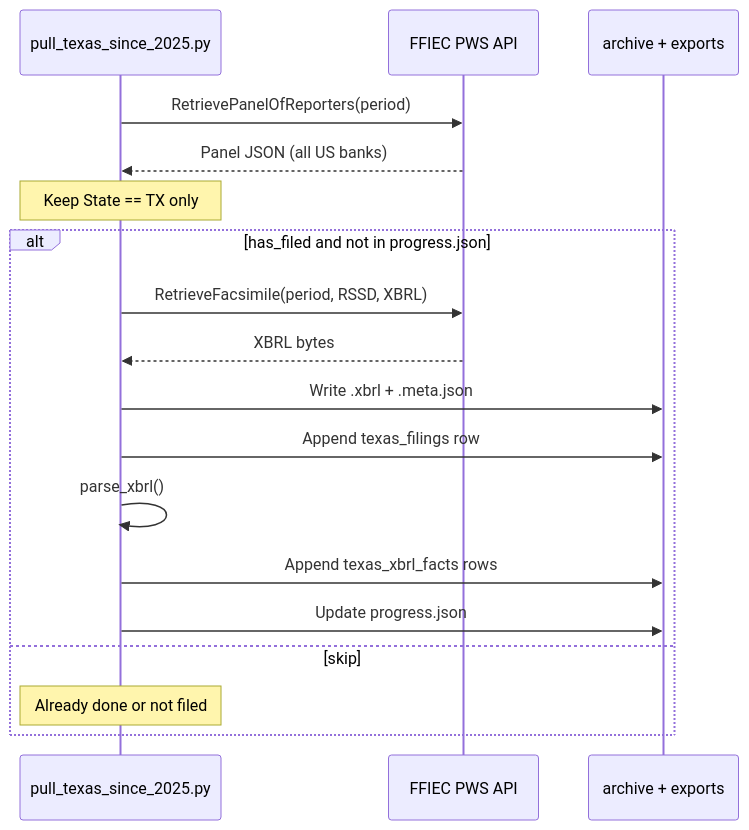
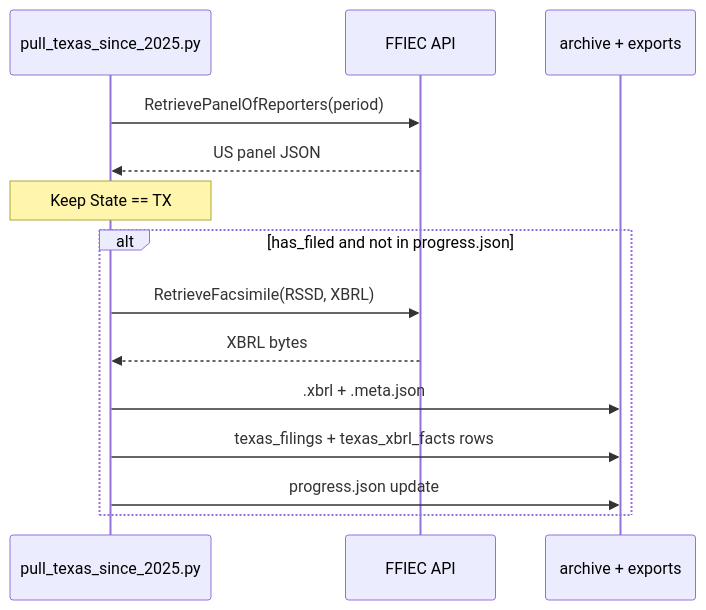
Before and after one commit to adityaalldunkin/FFIEC_DATABASE_PROJECT: the third of 3 diagrams in ONLY_TEXAS_SINCE_2025/README.md, drawn with Mermaid. The commit also changed other lines of this file and 6 other files, not shown here.

````diff
--- a/ONLY_TEXAS_SINCE_2025/README.md
+++ b/ONLY_TEXAS_SINCE_2025/README.md
@@ -268,22 +360,18 @@
 ```mermaid
 sequenceDiagram
     participant S as pull_texas_since_2025.py
-    participant API as FFIEC PWS API
+    participant API as FFIEC API
     participant Disk as archive + exports
 
     S->>API: RetrievePanelOfReporters(period)
-    API-->>S: Panel JSON (all US banks)
-    Note over S: Keep State == TX only
+    API-->>S: US panel JSON
+    Note over S: Keep State == TX
 
     alt has_filed and not in progress.json
-        S->>API: RetrieveFacsimile(period, RSSD, XBRL)
+        S->>API: RetrieveFacsimile(RSSD, XBRL)
         API-->>S: XBRL bytes
-        S->>Disk: Write .xbrl + .meta.json
-        S->>Disk: Append texas_filings row
-        S->>S: parse_xbrl()
-        S->>Disk: Append texas_xbrl_facts rows
-        S->>Disk: Update progress.json
-    else skip
-        Note over S: Already done or not filed
+        S->>Disk: .xbrl + .meta.json
+        S->>Disk: texas_filings + texas_xbrl_facts rows
+        S->>Disk: progress.json update
     end
 ```
````
